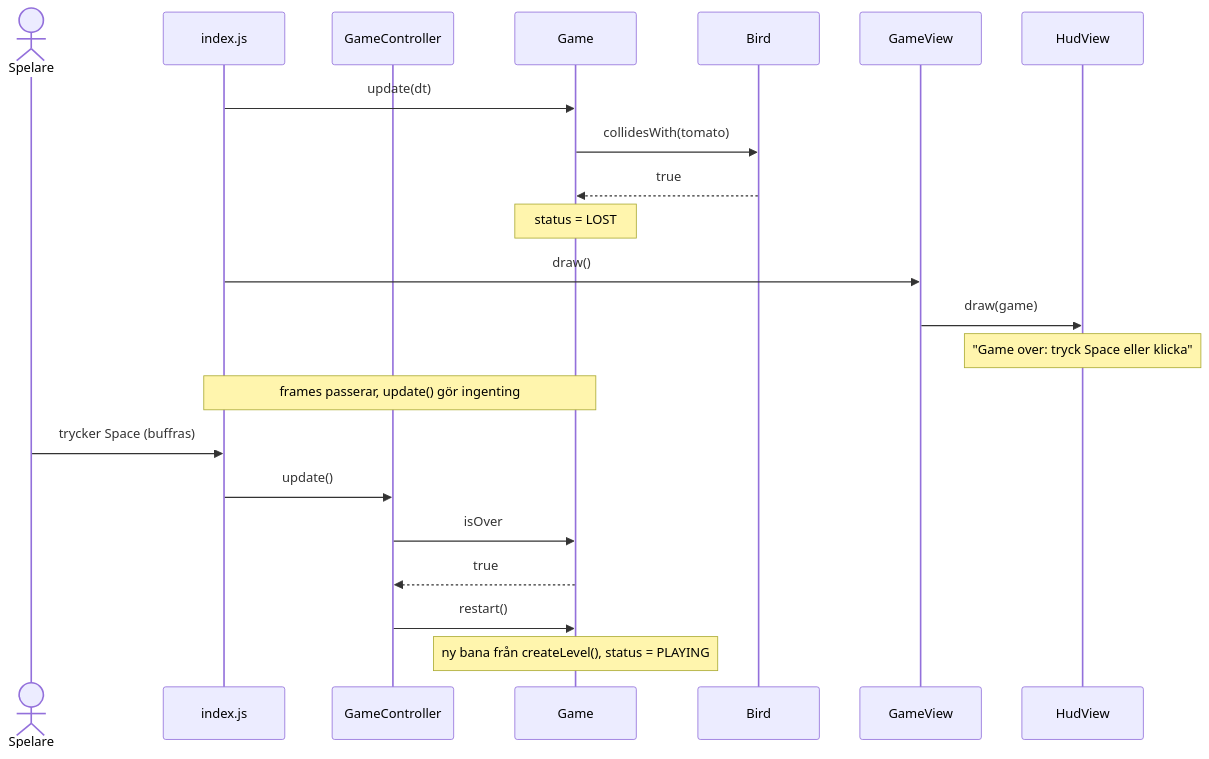
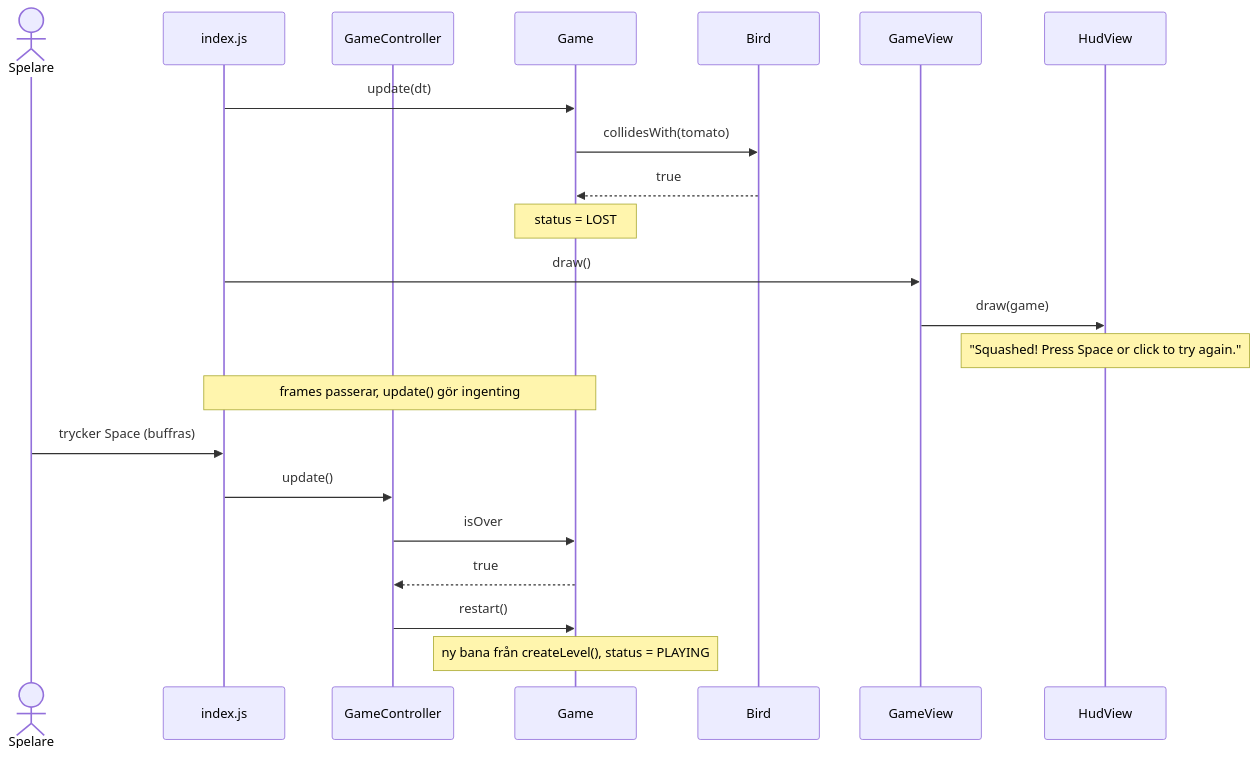
One commit to 1dv610/ripe-tomato changed the ninth of 9 diagrams in MVC_DESIGN.md. Above: the diagram before and after it, drawn with Mermaid. The commit also changed other lines of this file, not shown here.

````diff
--- a/MVC_DESIGN.md
+++ b/MVC_DESIGN.md
@@ -825,28 +831,28 @@
 ```mermaid
 sequenceDiagram
     actor A as Spelare
     participant S as index.js
     participant C as GameController
     participant G as Game
     participant B as Bird
     participant V as GameView
     participant H as HudView
 
     S->>G: update(dt)
     G->>B: collidesWith(tomato)
     B-->>G: true
     Note over G: status = LOST
 
     S->>V: draw()
     V->>H: draw(game)
-    Note over H: "Game over: tryck Space eller klicka"
+    Note over H: "Squashed! Press Space or click to try again."
 
     Note over S,G: frames passerar, update() gör ingenting
     A->>S: trycker Space (buffras)
 
     S->>C: update()
     C->>G: isOver
     G-->>C: true
     C->>G: restart()
     Note over G: ny bana från createLevel(), status = PLAYING
 ```
````
